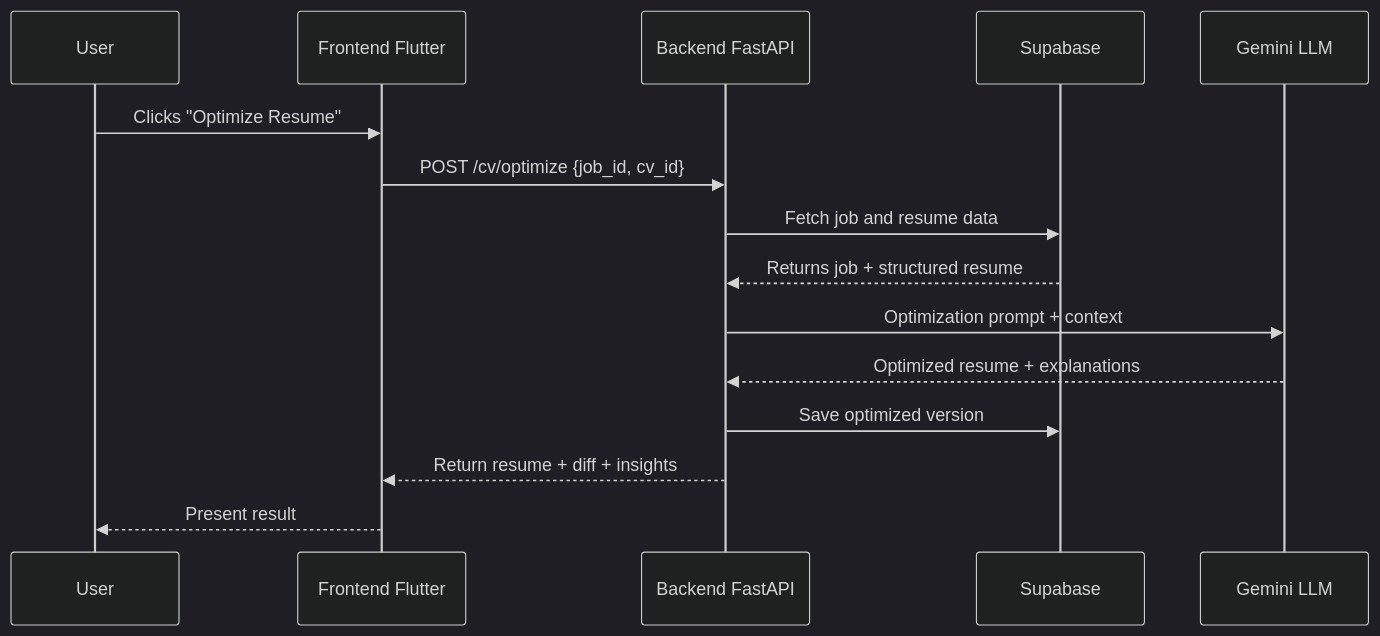
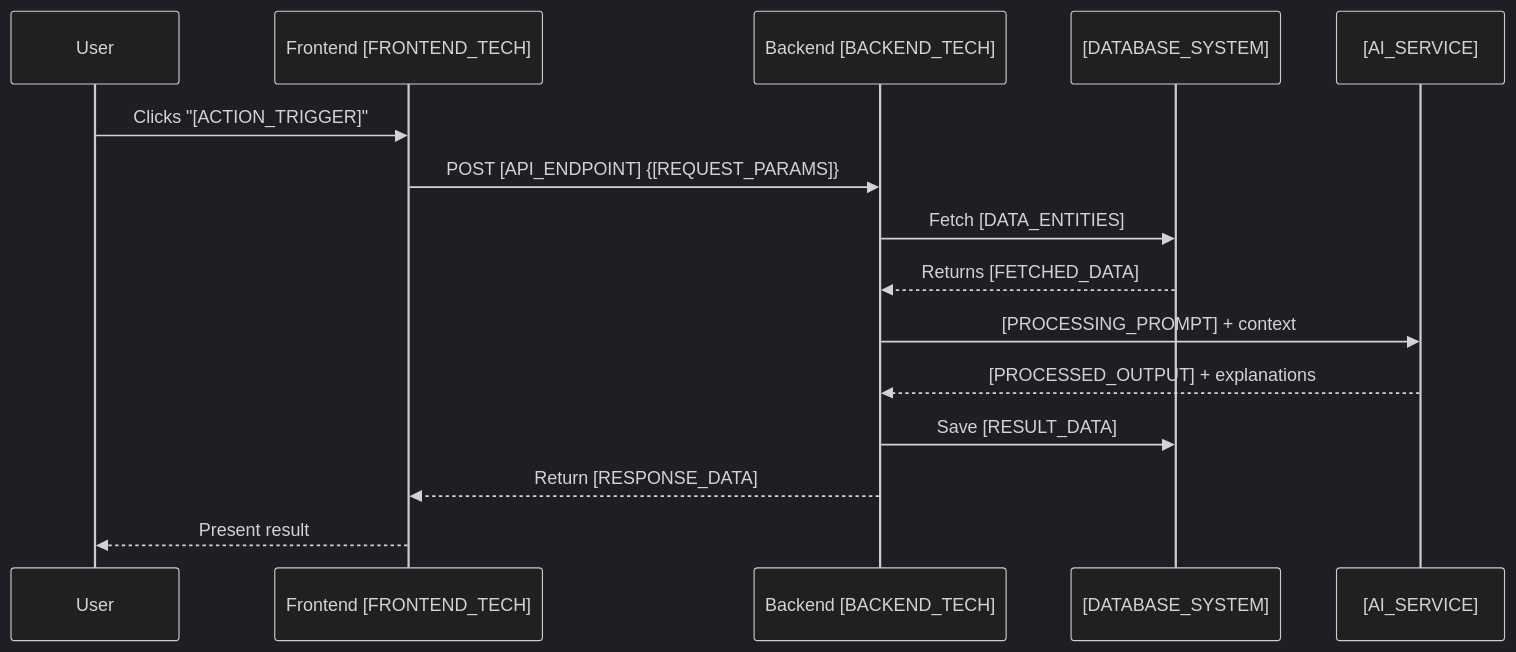
The fourth of 4 diagrams in .codex-prime/01_TEMPLATES/01_Produto_Product/en-us/02_REQUIREMENTS_AND_STORIES/04_USER_STORIES_ACCEPTANCE_CRITERIA/03_US_MVP_USER_JOURNEY.md (brunosrosa/codex-prime-framework), drawn with Mermaid (dark theme) before and after one commit. The commit also changed other lines of this file and 70 other files, not shown here.

````diff
--- a/.codex-prime/01_TEMPLATES/01_Produto_Product/en-us/02_REQUIREMENTS_AND_STORIES/04_USER_STORIES_ACCEPTANCE_CRITERIA/03_US_MVP_USER_JOURNEY.md
+++ b/.codex-prime/01_TEMPLATES/01_Produto_Product/en-us/02_REQUIREMENTS_AND_STORIES/04_USER_STORIES_ACCEPTANCE_CRITERIA/03_US_MVP_USER_JOURNEY.md
@@ -203,18 +203,18 @@
 ```mermaid
 sequenceDiagram
     participant U as User
-    participant F as Frontend Flutter
-    participant B as Backend FastAPI
-    participant S as Supabase
-    participant G as Gemini LLM
+    participant F as Frontend [FRONTEND_TECH]
+    participant B as Backend [BACKEND_TECH]
+    participant S as [DATABASE_SYSTEM]
+    participant G as [AI_SERVICE]
     
-    U->>F: Clicks "Optimize Resume"
-    F->>B: POST /cv/optimize {job_id, cv_id}
-    B->>S: Fetch job and resume data
-    S-->>B: Returns job + structured resume
-    B->>G: Optimization prompt + context
-    G-->>B: Optimized resume + explanations
-    B->>S: Save optimized version
-    B-->>F: Return resume + diff + insights
+    U->>F: Clicks "[ACTION_TRIGGER]"
+    F->>B: POST [API_ENDPOINT] {[REQUEST_PARAMS]}
+    B->>S: Fetch [DATA_ENTITIES]
+    S-->>B: Returns [FETCHED_DATA]
+    B->>G: [PROCESSING_PROMPT] + context
+    G-->>B: [PROCESSED_OUTPUT] + explanations
+    B->>S: Save [RESULT_DATA]
+    B-->>F: Return [RESPONSE_DATA]
     F-->>U: Present result
 ```
````
